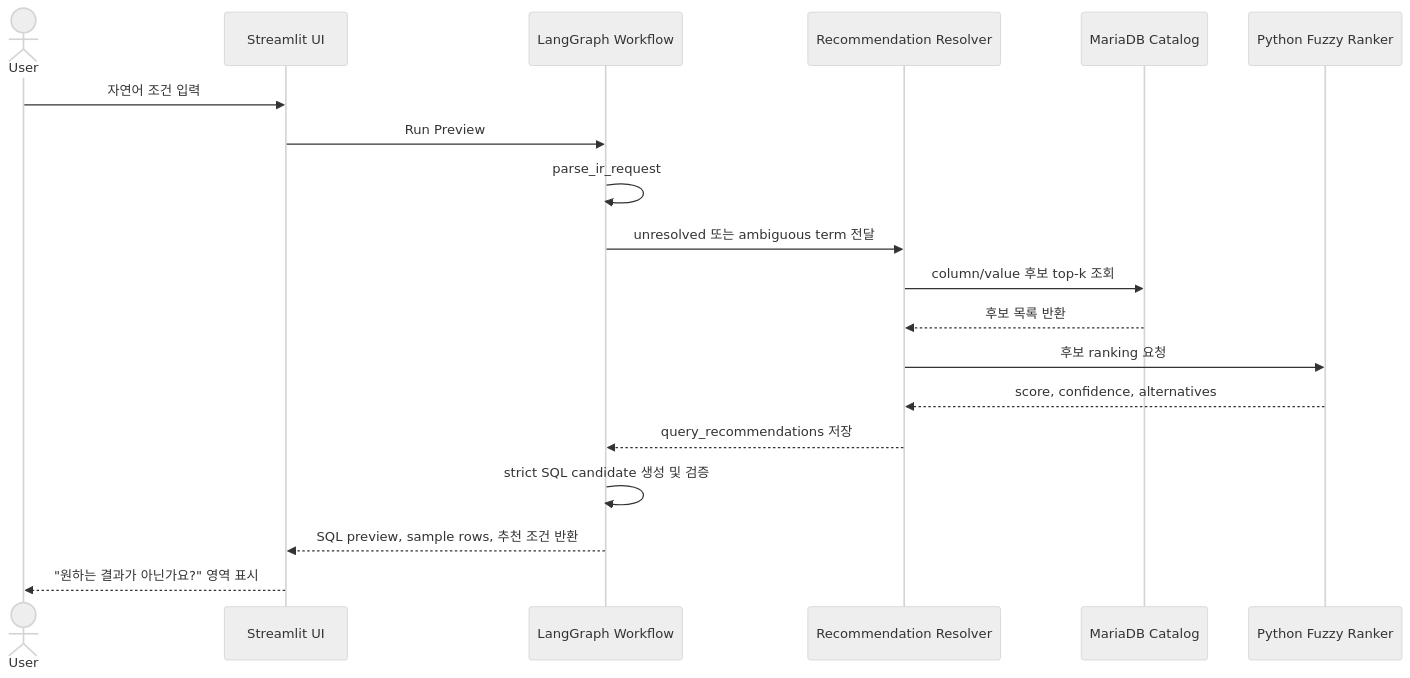
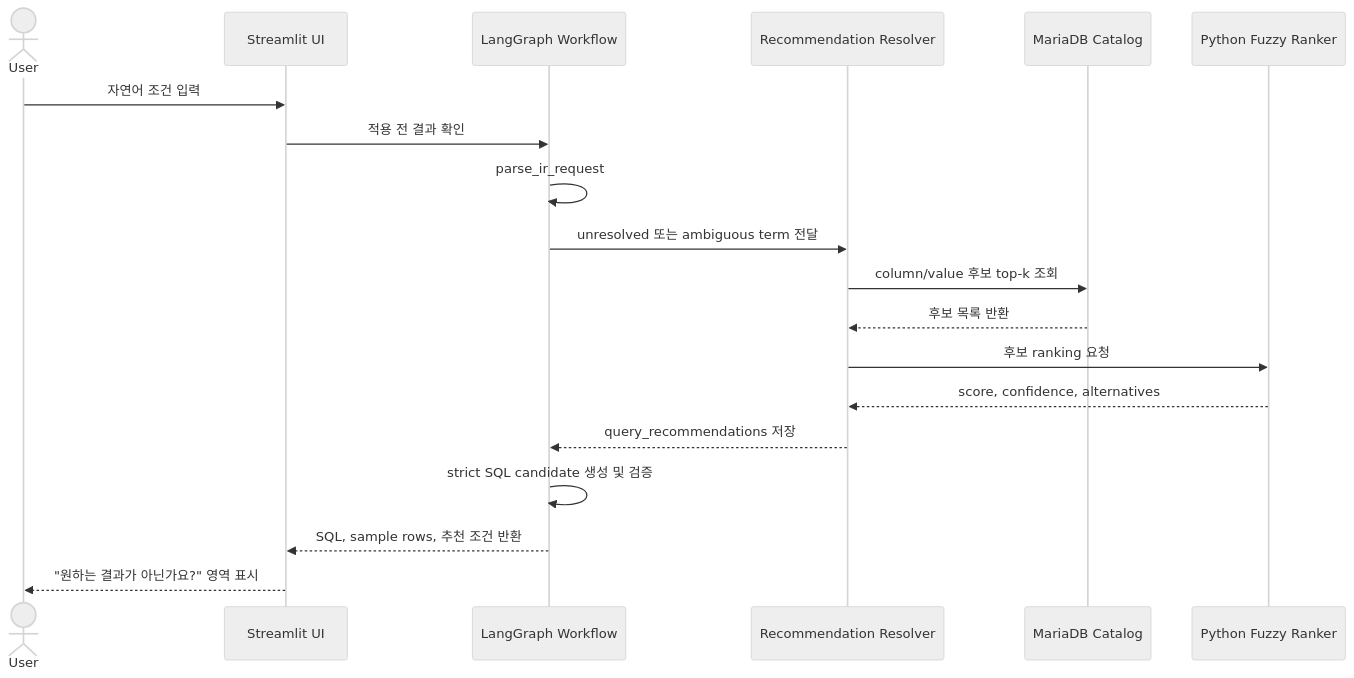
Before and after one commit to HRDI0/TextToSQL_by_localLLM: the third of 5 diagrams in docs/public/fuzzy_search_recommendation_architecture.md, drawn with Mermaid (neutral theme). The commit also changed other lines of this file and 25 other files, not shown here.

````diff
--- a/docs/public/fuzzy_search_recommendation_architecture.md
+++ b/docs/public/fuzzy_search_recommendation_architecture.md
@@ -72,22 +72,22 @@
 ```mermaid
 sequenceDiagram
     actor User as User
     participant UI as Streamlit UI
     participant Graph as LangGraph Workflow
     participant Resolver as Recommendation Resolver
     participant DB as MariaDB Catalog
     participant Ranker as Python Fuzzy Ranker
 
     User->>UI: 자연어 조건 입력
-    UI->>Graph: Run Preview
+    UI->>Graph: 적용 전 결과 확인
     Graph->>Graph: parse_ir_request
     Graph->>Resolver: unresolved 또는 ambiguous term 전달
     Resolver->>DB: column/value 후보 top-k 조회
     DB-->>Resolver: 후보 목록 반환
     Resolver->>Ranker: 후보 ranking 요청
     Ranker-->>Resolver: score, confidence, alternatives
     Resolver-->>Graph: query_recommendations 저장
     Graph->>Graph: strict SQL candidate 생성 및 검증
-    Graph-->>UI: SQL preview, sample rows, 추천 조건 반환
+    Graph-->>UI: SQL, sample rows, 추천 조건 반환
     UI-->>User: "원하는 결과가 아닌가요?" 영역 표시
 ```
````
